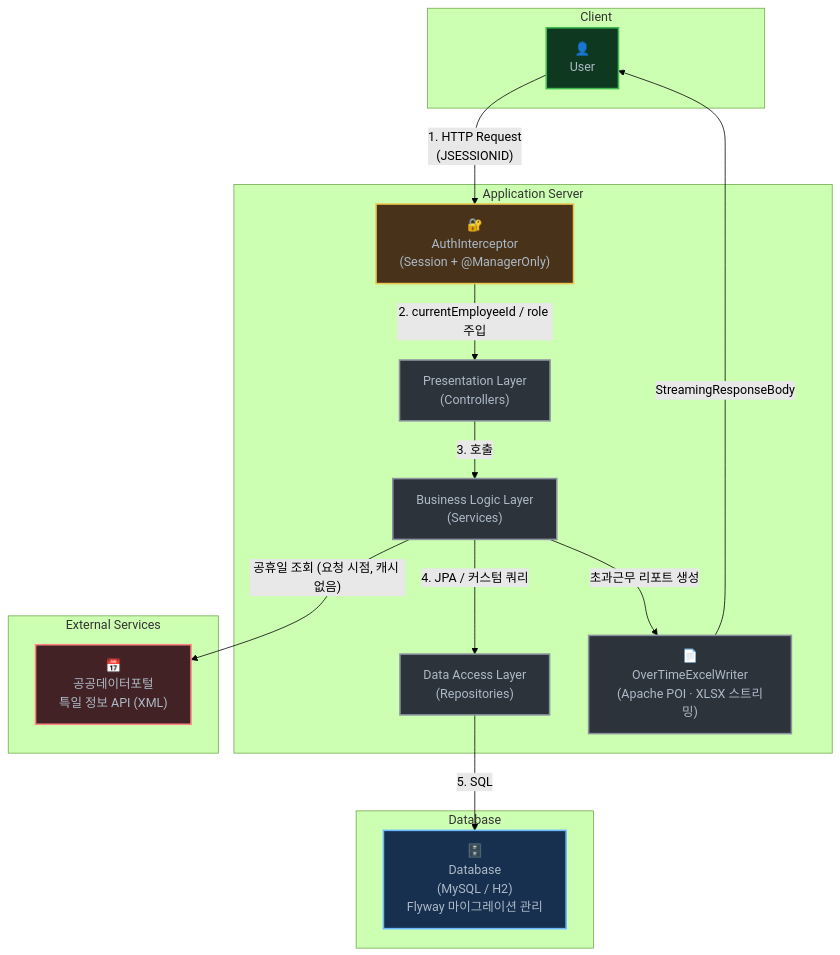
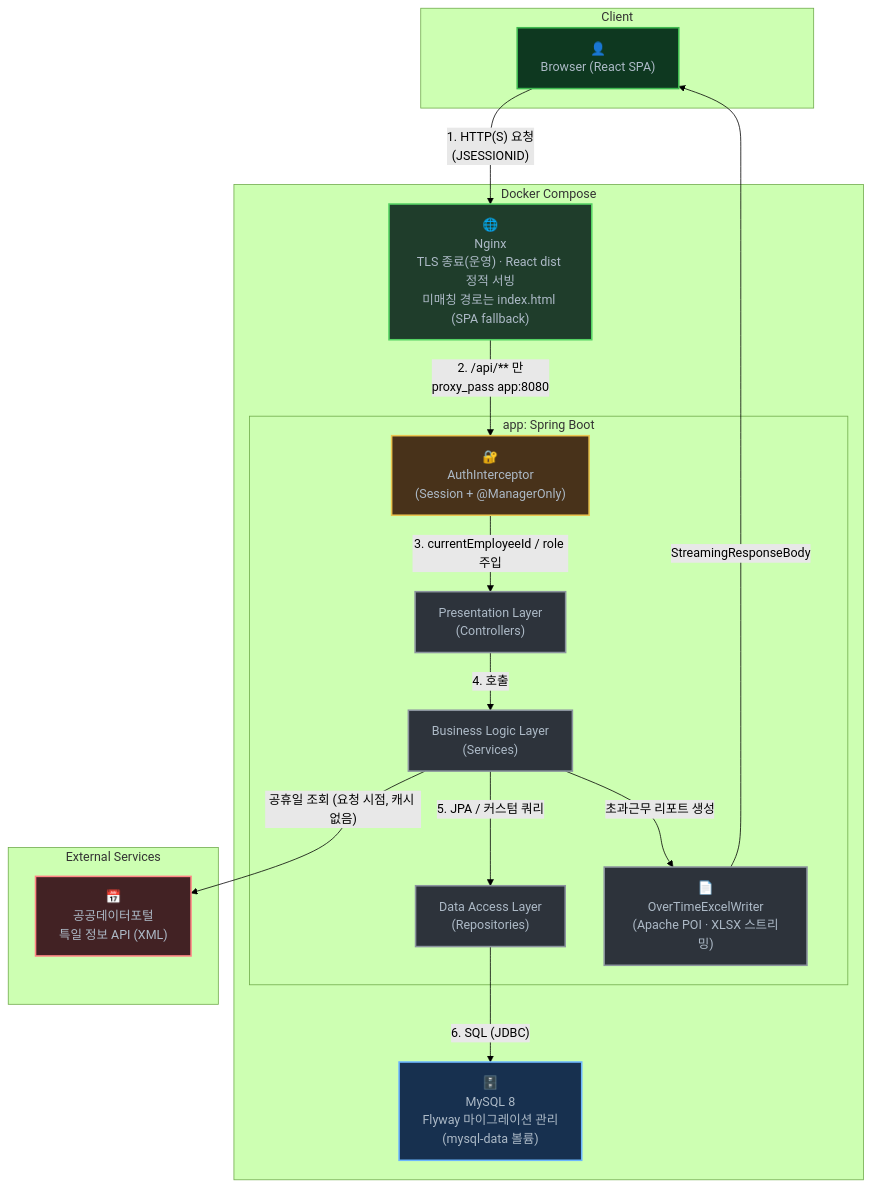
The second of 2 diagrams in README.md (hyungjunn/office-commute), drawn with Mermaid (forest theme) before and after one commit. The commit also changed other lines of this file, not shown here.

Commit message:
Add nginx layer to architecture diagram

````diff
--- a/README.md
+++ b/README.md
@@ -163,48 +166,53 @@
 ```mermaid
 graph TD
     subgraph "Client"
-        User["👤<br/>User"]
+        User["👤<br/>Browser (React SPA)"]
     end
 
-    subgraph "Application Server"
-        Interceptor["🔐<br/>AuthInterceptor<br/>(Session + @ManagerOnly)"]
-        Controllers["Presentation Layer<br/>(Controllers)"]
-        Services["Business Logic Layer<br/>(Services)"]
-        Repositories["Data Access Layer<br/>(Repositories)"]
-        Excel["📄<br/>OverTimeExcelWriter<br/>(Apache POI · XLSX 스트리밍)"]
+    subgraph "Docker Compose"
+        Nginx["🌐<br/>Nginx<br/>TLS 종료(운영) · React dist 정적 서빙<br/>미매칭 경로는 index.html (SPA fallback)"]
+
+        subgraph "app: Spring Boot"
+            Interceptor["🔐<br/>AuthInterceptor<br/>(Session + @ManagerOnly)"]
+            Controllers["Presentation Layer<br/>(Controllers)"]
+            Services["Business Logic Layer<br/>(Services)"]
+            Repositories["Data Access Layer<br/>(Repositories)"]
+            Excel["📄<br/>OverTimeExcelWriter<br/>(Apache POI · XLSX 스트리밍)"]
+        end
+
+        DB["🗄️<br/>MySQL 8<br/>Flyway 마이그레이션 관리<br/>(mysql-data 볼륨)"]
     end
 
     subgraph "External Services"
         ExternalAPI["📅<br/>공공데이터포털<br/>특일 정보 API (XML)"]
     end
 
-    subgraph "Database"
-        DB["🗄️<br/>Database<br/>(MySQL / H2)<br/>Flyway 마이그레이션 관리"]
-    end
-
     %% High-Level Flow
-    User -- "1. HTTP Request<br/>(JSESSIONID)" --> Interceptor
-    Interceptor -- "2. currentEmployeeId / role 주입" --> Controllers
-    Controllers -- "3. 호출" --> Services
-    Services -- "4. JPA / 커스텀 쿼리" --> Repositories
-    Repositories -- "5. SQL" --> DB
+    User -- "1. HTTP(S) 요청<br/>(JSESSIONID)" --> Nginx
+    Nginx -- "2. /api/** 만<br/>proxy_pass app:8080" --> Interceptor
+    Interceptor -- "3. currentEmployeeId / role 주입" --> Controllers
+    Controllers -- "4. 호출" --> Services
+    Services -- "5. JPA / 커스텀 쿼리" --> Repositories
+    Repositories -- "6. SQL (JDBC)" --> DB
 
     %% External / Output Flow
     Services -- "공휴일 조회 (요청 시점, 캐시 없음)" --> ExternalAPI
     Services -- "초과근무 리포트 생성" --> Excel
     Excel -- "StreamingResponseBody" --> User
 
 
     %% Styling (Dark Mode Friendly)
     classDef default fill:#2d333b,stroke:#8b949e,stroke-width:2px,color:#adbac7,border-radius:5px;
     classDef client fill:#0e3820,stroke:#3fb950;
     classDef external fill:#422224,stroke:#ff8585;
     classDef db fill:#17304f,stroke:#6cb6ff;
     classDef interceptor fill:#48321a,stroke:#eac54f;
-    
+    classDef nginx fill:#1f3d2b,stroke:#56d364;
+
     class User client;
+    class Nginx nginx;
     class ExternalAPI external;
     class DB db;
     class Interceptor interceptor;
     class Excel default;
 ```
````
